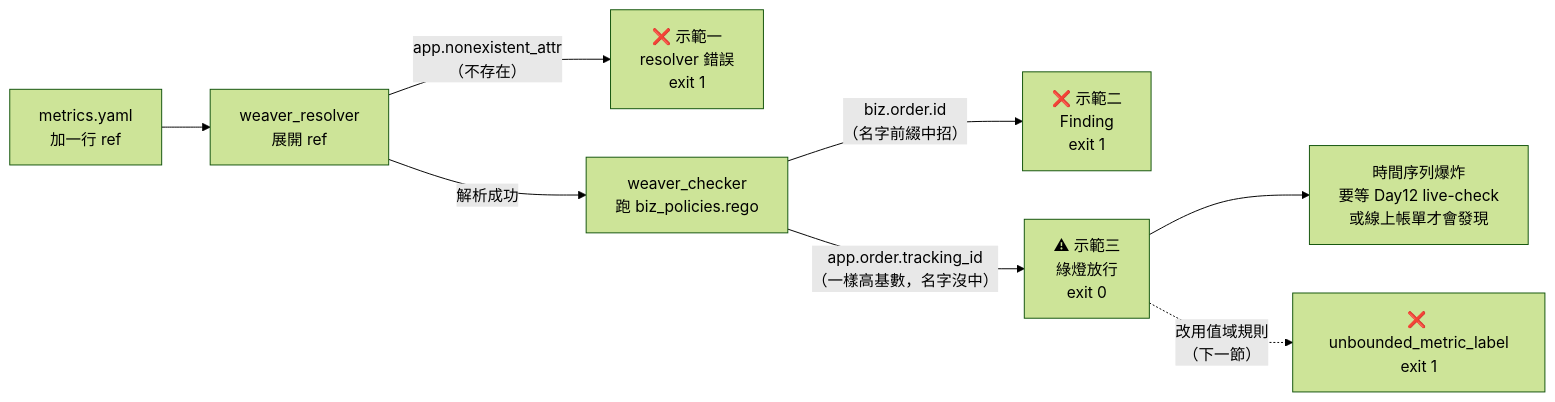
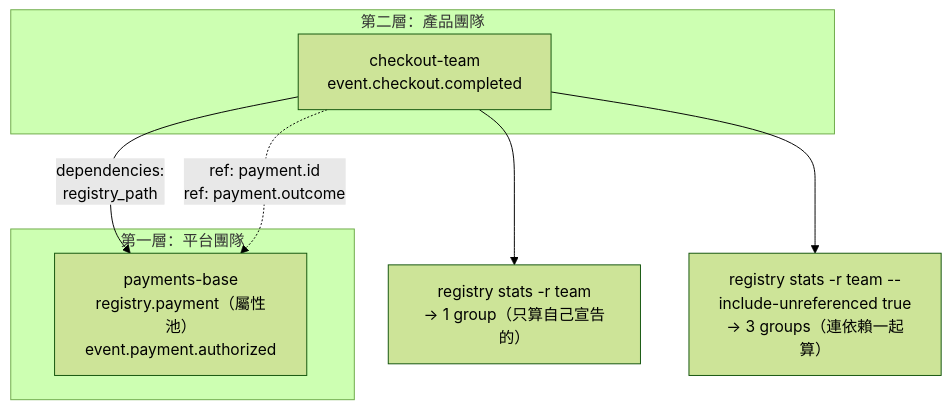
The diagram in weaver-demo/ironman-2026/day08.md (tedmax100/o11y-bench), drawn with Mermaid (forest theme) before and after one commit. The commit also changed other lines of this file and 15 other files, not shown here.

````diff
--- a/weaver-demo/ironman-2026/day08.md
+++ b/weaver-demo/ironman-2026/day08.md
@@ -385,10 +128,16 @@
 ```mermaid
-flowchart LR
-    A["metrics.yaml<br/>加一行 ref"] --> B["weaver_resolver<br/>展開 ref"]
-    B -->|"app.nonexistent_attr<br/>（不存在）"| B1["❌ 示範一<br/>resolver 錯誤<br/>exit 1"]
-    B -->|"解析成功"| C["weaver_checker<br/>跑 biz_policies.rego"]
-    C -->|"biz.order.id<br/>（名字前綴中招）"| C1["❌ 示範二<br/>Finding<br/>exit 1"]
-    C -->|"app.order.tracking_id<br/>（一樣高基數，名字沒中）"| C2["⚠ 示範三<br/>綠燈放行<br/>exit 0"]
-    C2 --> D["時間序列爆炸<br/>要等 Day12 live-check<br/>或線上帳單才會發現"]
-    C2 -.->|"改用值域規則<br/>（下一節）"| C3["❌ unbounded_metric_label<br/>exit 1"]
+flowchart TB
+    subgraph L1["第一層：平台團隊"]
+      B["payments-base<br/>registry.payment（屬性池）<br/>event.payment.authorized"]
+    end
+    subgraph L2["第二層：產品團隊"]
+      T["checkout-team<br/>event.checkout.completed"]
+    end
+    T -->|"dependencies:<br/>registry_path"| B
+    T -.->|"ref: payment.id<br/>ref: payment.outcome"| B
+
+    S1["registry stats -r team<br/>→ 1 group（只算自己宣告的）"]
+    S2["registry stats -r team --include-unreferenced true<br/>→ 3 groups（連依賴一起算）"]
+    T --> S1
+    T --> S2
 ```
````
